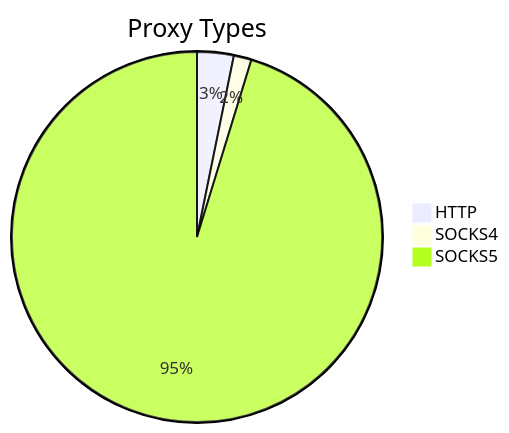
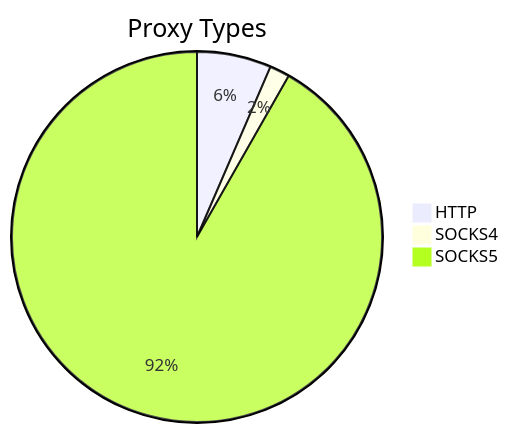
The first of 2 diagrams in README.md (stormsia/proxy-list), drawn with Mermaid before and after one commit. The commit also changed other lines of this file, not shown here.

````diff
--- a/README.md
+++ b/README.md
@@ -21,6 +21,6 @@
 ```mermaid
 pie title Proxy Types
-    "HTTP" : 66
-    "SOCKS4" : 32
-    "SOCKS5" : 1970
+    "HTTP" : 74
+    "SOCKS4" : 20
+    "SOCKS5" : 1047
 ```
````
